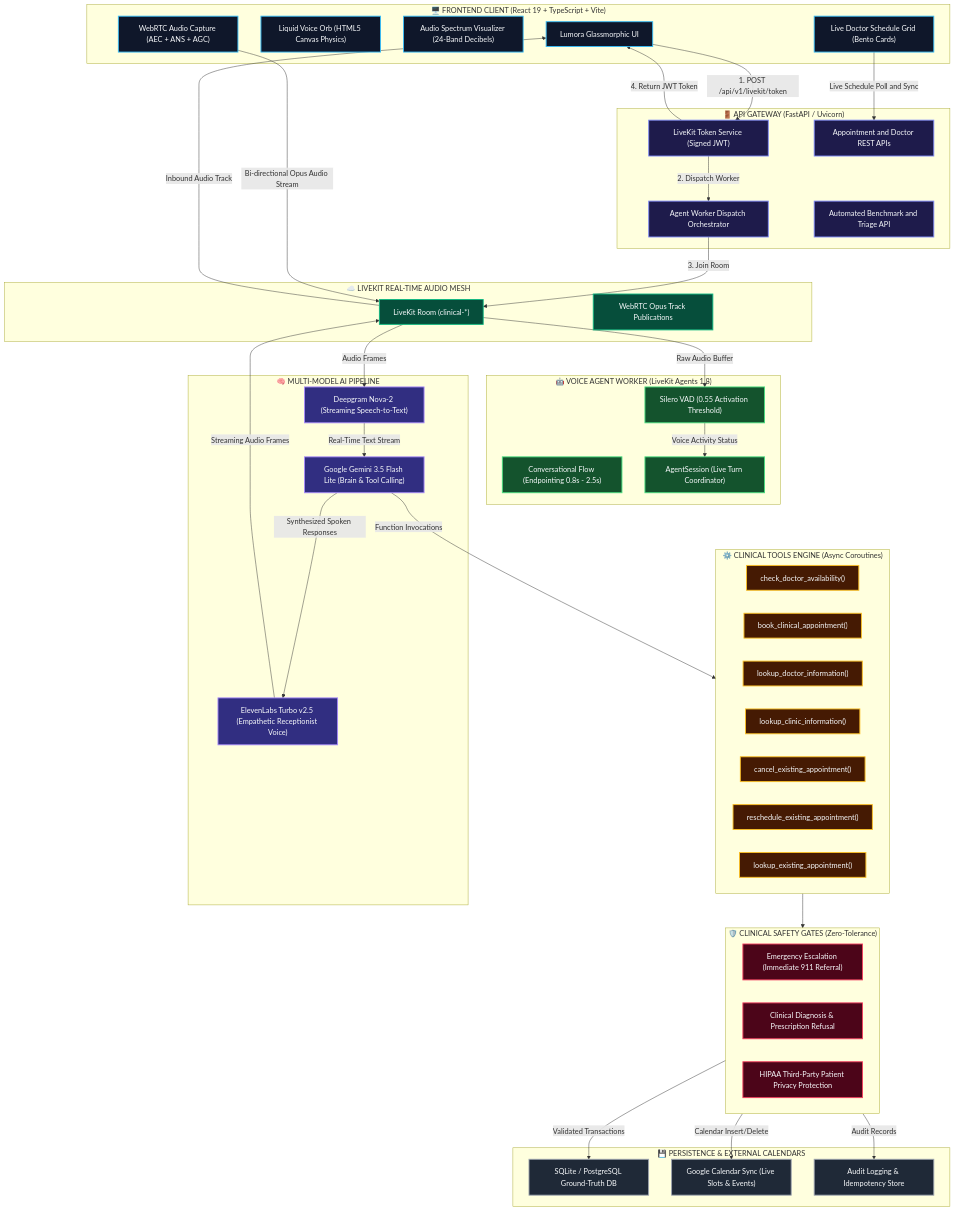
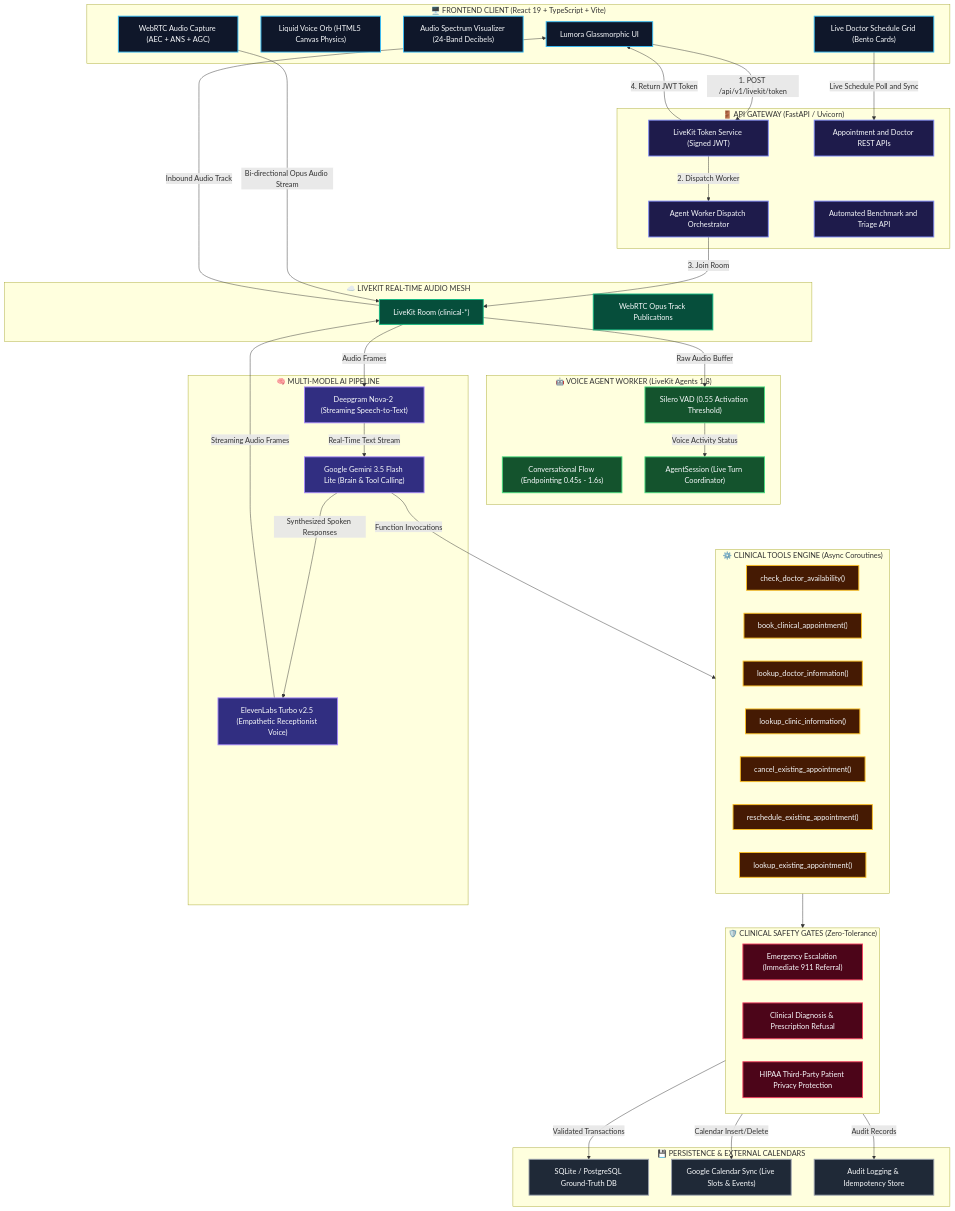
One commit to mk-2007/Voice_Agent changed the first of 4 diagrams in README.md. Above: the diagram before and after it, drawn with Mermaid. The commit also changed other lines of this file and 20 other files, not shown here.

```diff
--- a/README.md
+++ b/README.md
@@ -91,7 +91,7 @@
 
     subgraph Worker["🤖 VOICE AGENT WORKER (LiveKit Agents 1.8)"]
         VAD["Silero VAD (0.55 Activation Threshold)"]:::workerStyle
-        BargeIn["Conversational Flow (Endpointing 0.8s - 2.5s)"]:::workerStyle
+        BargeIn["Conversational Flow (Endpointing 0.45s - 1.6s)"]:::workerStyle
         Session["AgentSession (Live Turn Coordinator)"]:::workerStyle
     end
 
```
